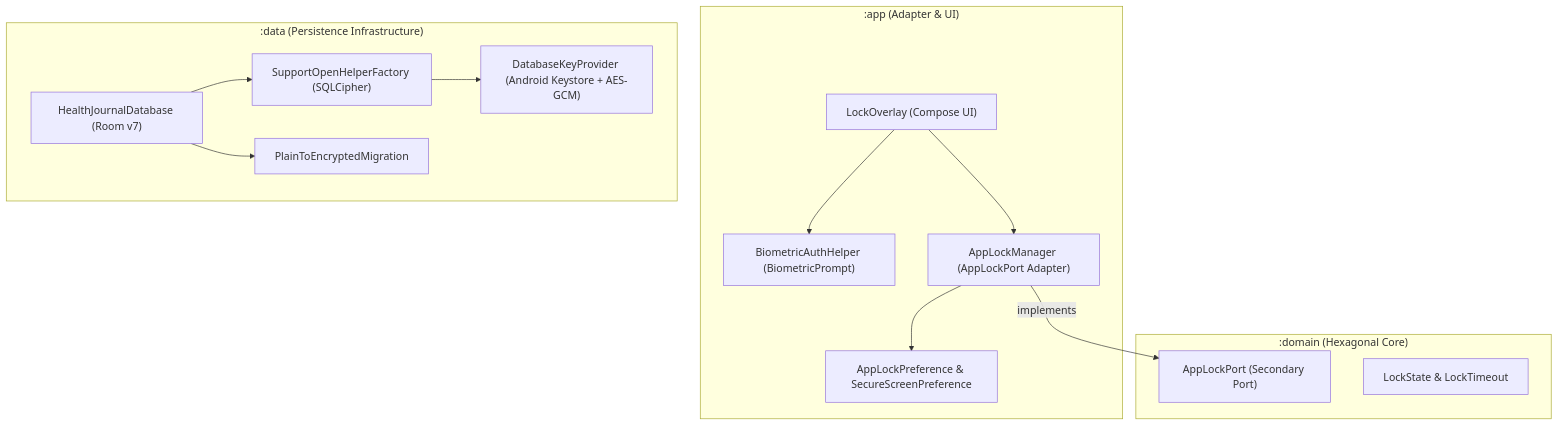
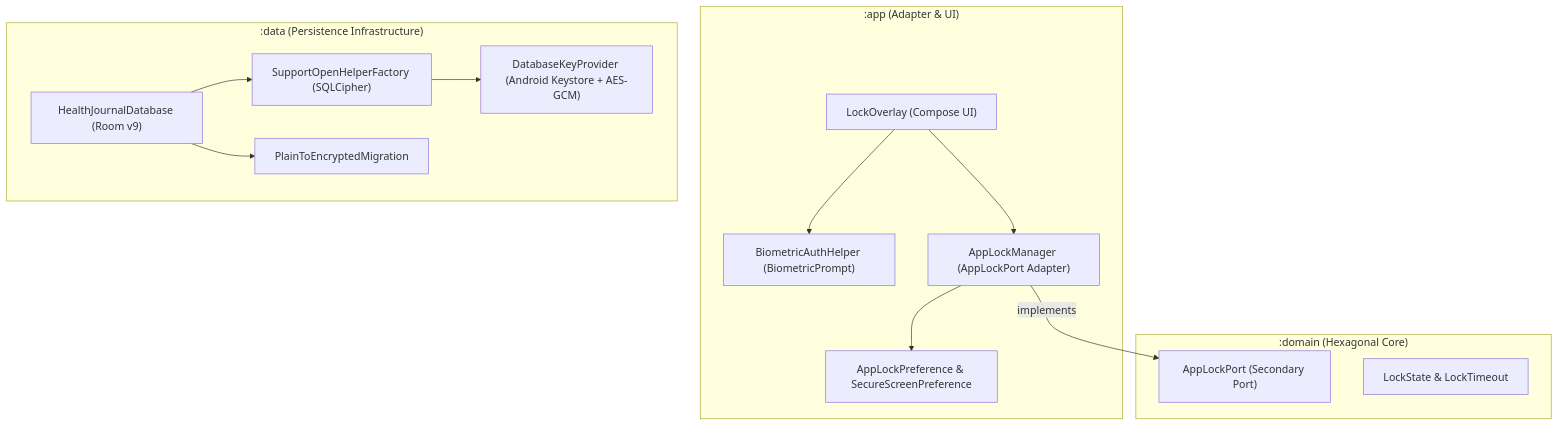
One commit to mannetje/health_journal changed the first of 4 diagrams in docs/dev/privacy-and-security.md. Above: the diagram before and after it, drawn with Mermaid. The commit also changed other lines of this file and 41 other files, not shown here.

Commit message:
docs: bring specs, diagrams and docs in step with the code; archive add-fluid-intake (#40)

````diff
--- a/docs/dev/privacy-and-security.md
+++ b/docs/dev/privacy-and-security.md
@@ -55,29 +55,29 @@
 ```mermaid
 flowchart TD
     subgraph App[":app (Adapter & UI)"]
         UI_LOCK["LockOverlay (Compose UI)"]
         BIO_HELPER["BiometricAuthHelper (BiometricPrompt)"]
         LOCK_MGR["AppLockManager (AppLockPort Adapter)"]
         PREF_LOCK["AppLockPreference & SecureScreenPreference"]
     end
 
     subgraph Domain[":domain (Hexagonal Core)"]
         PORT_LOCK["AppLockPort (Secondary Port)"]
         MODEL_LOCK["LockState & LockTimeout"]
     end
 
     subgraph Data[":data (Persistence Infrastructure)"]
         KEY_PROV["DatabaseKeyProvider (Android Keystore + AES-GCM)"]
         SQLCIPHER["SupportOpenHelperFactory (SQLCipher)"]
         MIGRATION["PlainToEncryptedMigration"]
-        ROOM_DB["HealthJournalDatabase (Room v7)"]
+        ROOM_DB["HealthJournalDatabase (Room v9)"]
     end
 
     LOCK_MGR -->|implements| PORT_LOCK
     LOCK_MGR --> PREF_LOCK
     UI_LOCK --> LOCK_MGR
     UI_LOCK --> BIO_HELPER
     ROOM_DB --> SQLCIPHER
     SQLCIPHER --> KEY_PROV
     ROOM_DB --> MIGRATION
 ```
````
